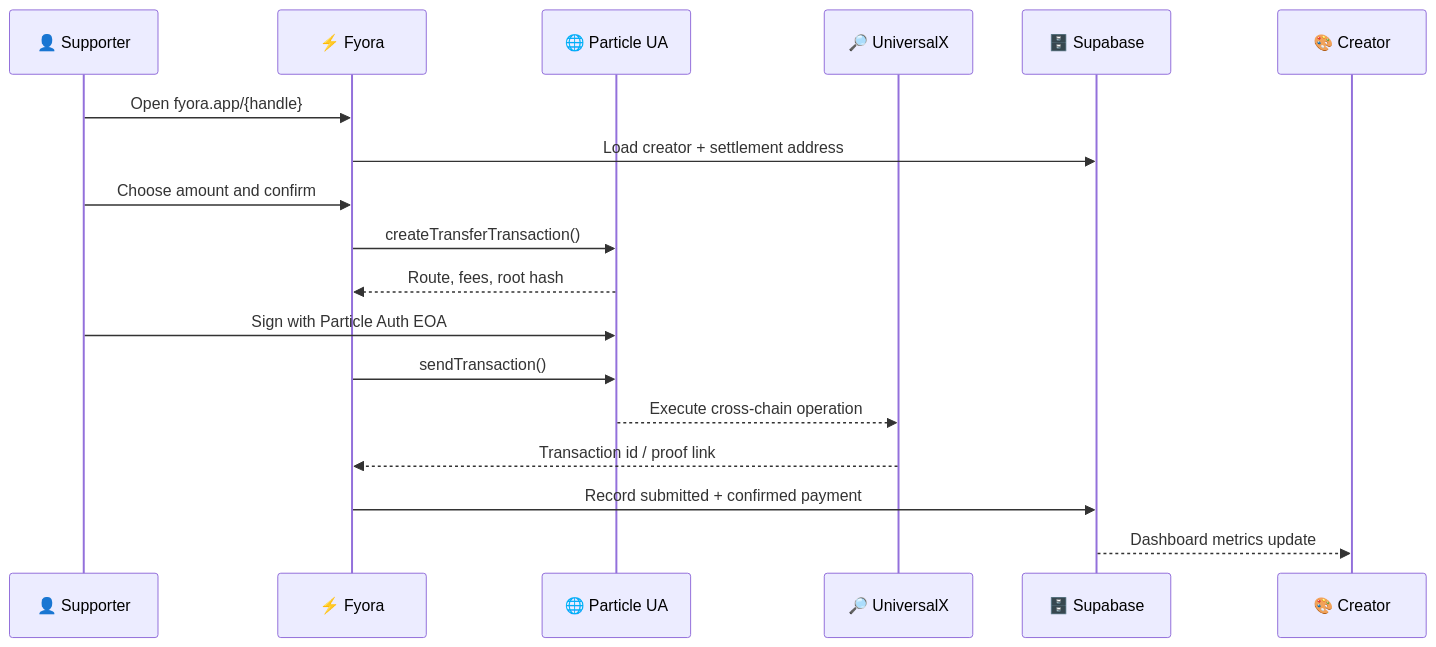
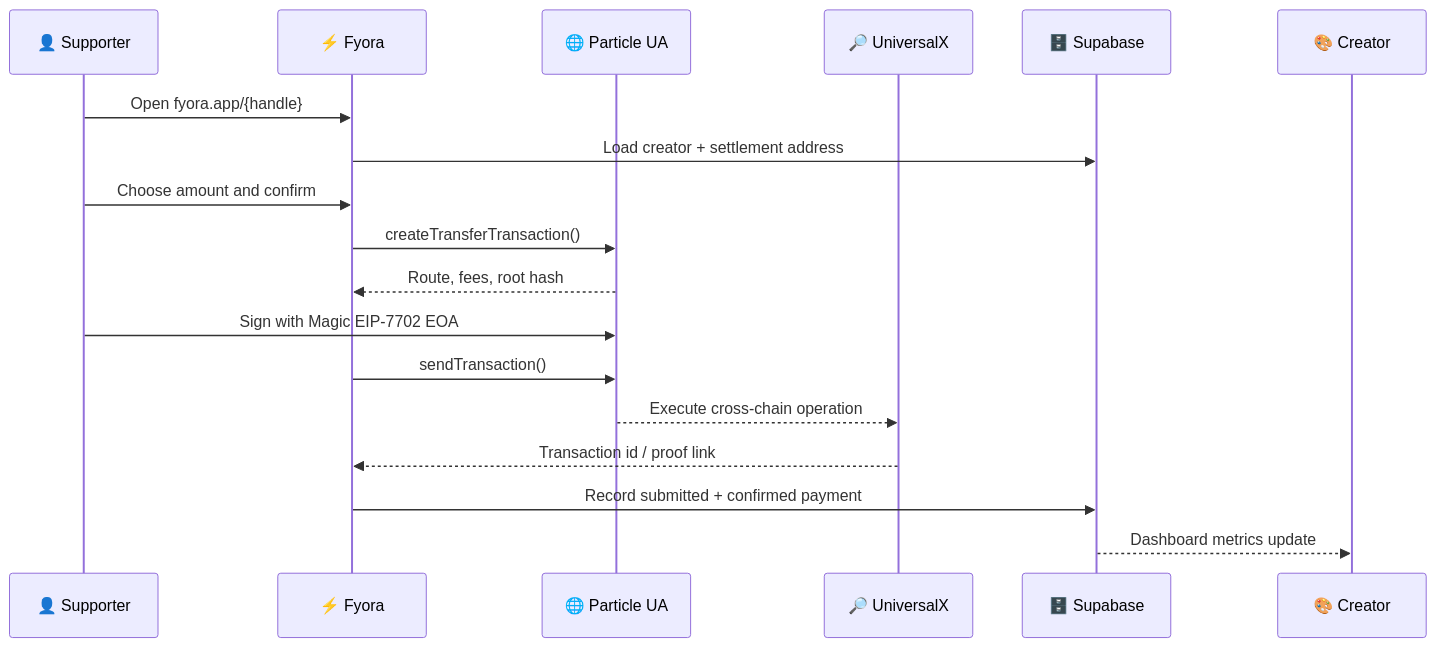
One commit to NikhilRaikwar/Fyora changed the second of 2 diagrams in README.md. Above: the diagram before and after it, drawn with Mermaid. The commit also changed other lines of this file and 8 other files, not shown here.

First line of the commit message:
Harden Magic Particle wallet flow

````diff
--- a/README.md
+++ b/README.md
@@ -67,21 +67,21 @@
 ```mermaid
 sequenceDiagram
   participant S as 👤 Supporter
   participant F as ⚡ Fyora
   participant P as 🌐 Particle UA
   participant X as 🔎 UniversalX
   participant DB as 🗄️ Supabase
   participant C as 🎨 Creator
 
   S->>F: Open fyora.app/{handle}
   F->>DB: Load creator + settlement address
   S->>F: Choose amount and confirm
   F->>P: createTransferTransaction()
   P-->>F: Route, fees, root hash
-  S->>P: Sign with Particle Auth EOA
+  S->>P: Sign with Magic EIP-7702 EOA
   F->>P: sendTransaction()
   P-->>X: Execute cross-chain operation
   X-->>F: Transaction id / proof link
   F->>DB: Record submitted + confirmed payment
   DB-->>C: Dashboard metrics update
 ```
````
